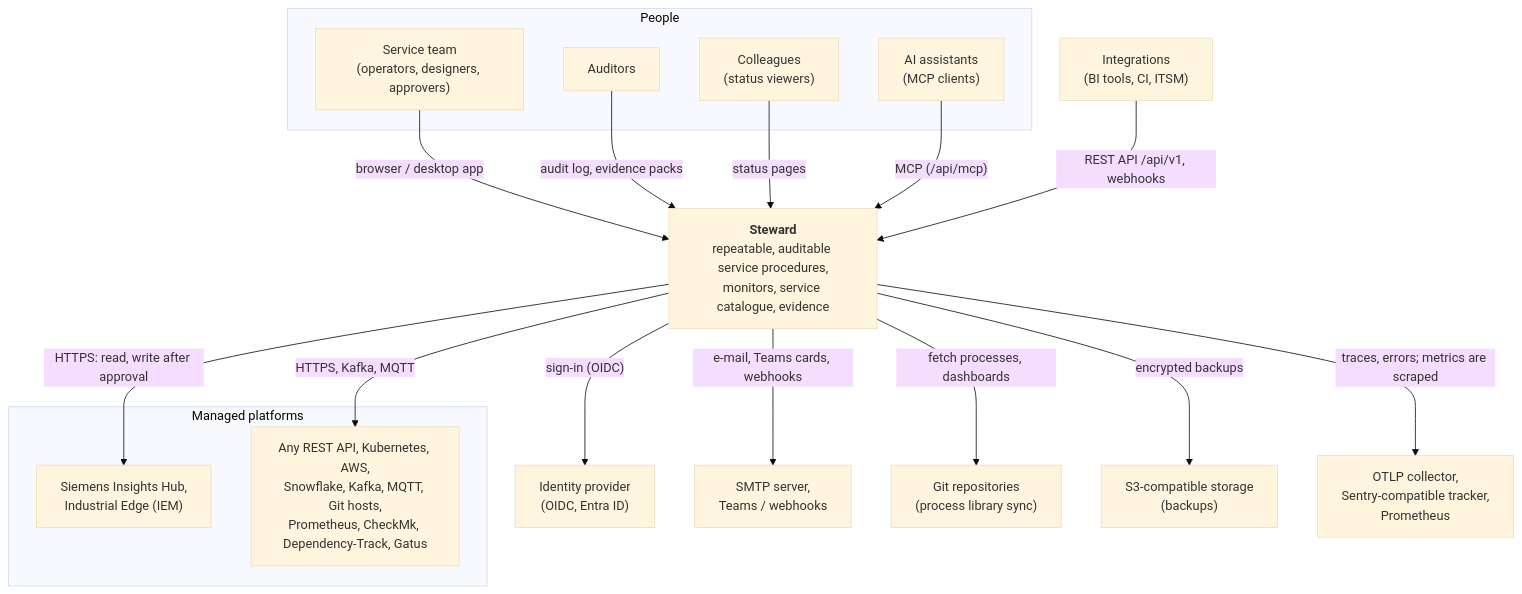
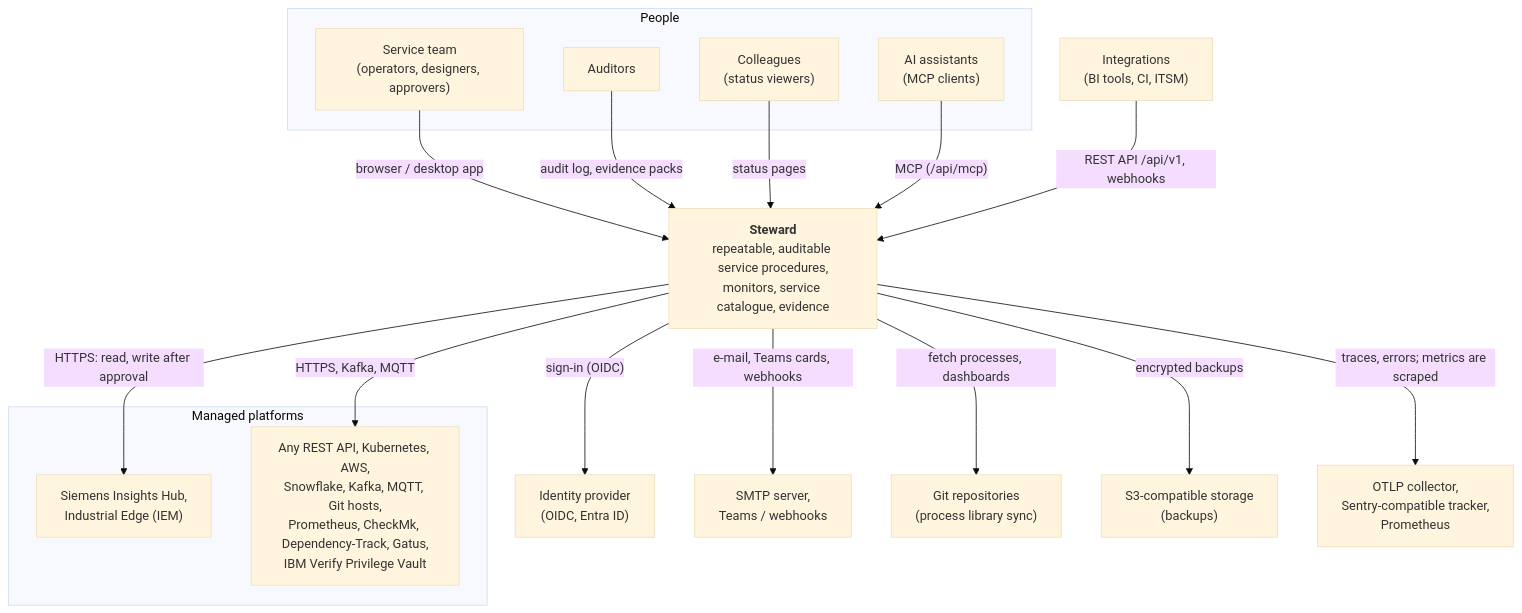
Before and after one commit to vxrz/Steward: the first of 2 diagrams in docs/ARCHITECTURE.md, drawn with Mermaid (base theme). The commit also changed other lines of this file and 7 other files, not shown here.

First line of the commit message:
docs: IBM Verify Privilege Vault – setup, service account, endpoints and their sources, checklist (#205)

````diff
--- a/docs/ARCHITECTURE.md
+++ b/docs/ARCHITECTURE.md
@@ -9,36 +9,36 @@
 ```mermaid
 flowchart TB
   subgraph people [People]
     ops["Service team<br/>(operators, designers, approvers)"]
     aud["Auditors"]
     viewers["Colleagues<br/>(status viewers)"]
     ai["AI assistants<br/>(MCP clients)"]
   end
 
   steward["<b>Steward</b><br/>repeatable, auditable service procedures,<br/>monitors, service catalogue, evidence"]
 
   subgraph platforms [Managed platforms]
     ih["Siemens Insights Hub,<br/>Industrial Edge (IEM)"]
-    rest["Any REST API, Kubernetes, AWS,<br/>Snowflake, Kafka, MQTT, Git hosts,<br/>Prometheus, CheckMk, Dependency-Track, Gatus"]
+    rest["Any REST API, Kubernetes, AWS,<br/>Snowflake, Kafka, MQTT, Git hosts,<br/>Prometheus, CheckMk, Dependency-Track, Gatus,<br/>IBM Verify Privilege Vault"]
   end
 
   idp["Identity provider<br/>(OIDC, Entra ID)"]
   mail["SMTP server,<br/>Teams / webhooks"]
   git["Git repositories<br/>(process library sync)"]
   s3["S3-compatible storage<br/>(backups)"]
   obs["OTLP collector,<br/>Sentry-compatible tracker,<br/>Prometheus"]
   int["Integrations<br/>(BI tools, CI, ITSM)"]
 
   ops -->|"browser / desktop app"| steward
   aud -->|"audit log, evidence packs"| steward
   viewers -->|"status pages"| steward
   ai -->|"MCP (/api/mcp)"| steward
   int -->|"REST API /api/v1, webhooks"| steward
   steward -->|"HTTPS: read, write after approval"| ih
   steward -->|"HTTPS, Kafka, MQTT"| rest
   steward -->|"sign-in (OIDC)"| idp
   steward -->|"e-mail, Teams cards, webhooks"| mail
   steward -->|"fetch processes, dashboards"| git
   steward -->|"encrypted backups"| s3
   steward -->|"traces, errors; metrics are scraped"| obs
 ```
````
